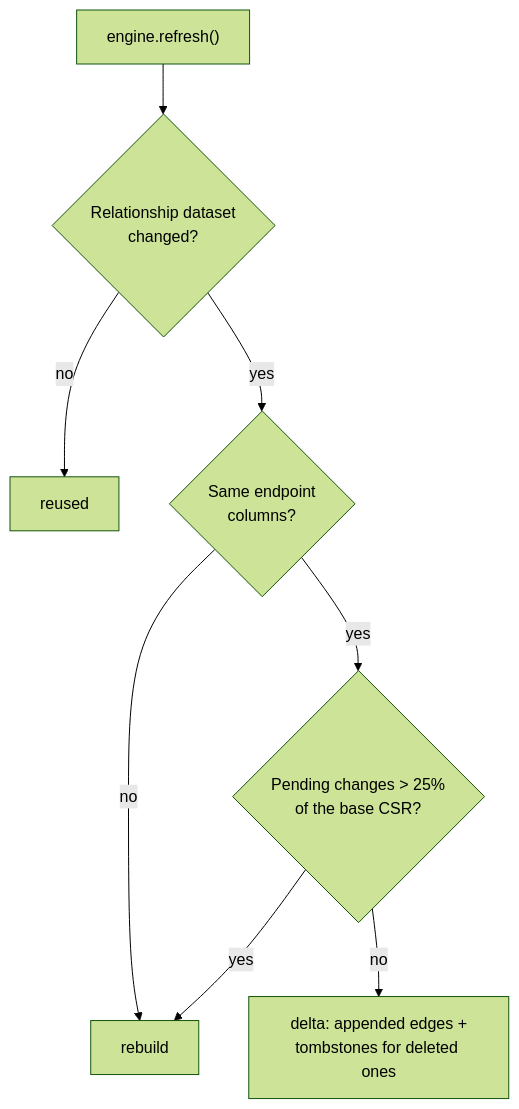
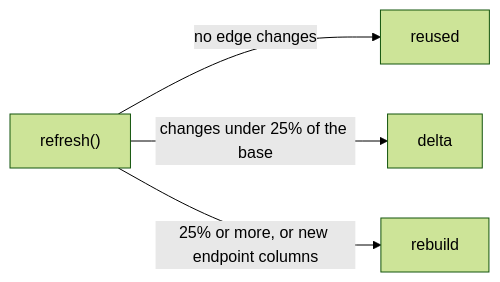
Before and after one commit to hyperdimensionalcomputingai/lance-csr: the second of 2 diagrams in docs/csr.md, drawn with Mermaid (forest theme). The commit also changed other lines of this file, not shown here.

Commit message:
docs(csr): lead with the two ways to keep the csr current

````diff
--- a/docs/csr.md
+++ b/docs/csr.md
@@ -296,10 +345,6 @@
-```mermaid
-flowchart TD
-    R["engine.refresh()"] --> V{"Relationship dataset<br/>changed?"}
-    V -- no --> U["reused"]
-    V -- yes --> D{"Same endpoint<br/>columns?"}
-    D -- no --> RB["rebuild"]
-    D -- yes --> S{"Pending changes > 25%<br/>of the base CSR?"}
-    S -- yes --> RB
-    S -- no --> DL["delta: appended edges +<br/>tombstones for deleted ones"]
-```
+    ```mermaid
+    flowchart LR
+        R["refresh()"] -- "no edge changes" --> U["reused"]
+        R -- "changes under 25% of the base" --> DL["delta"]
+        R -- "25% or more, or new endpoint columns" --> RB["rebuild"]
+    ```
````
